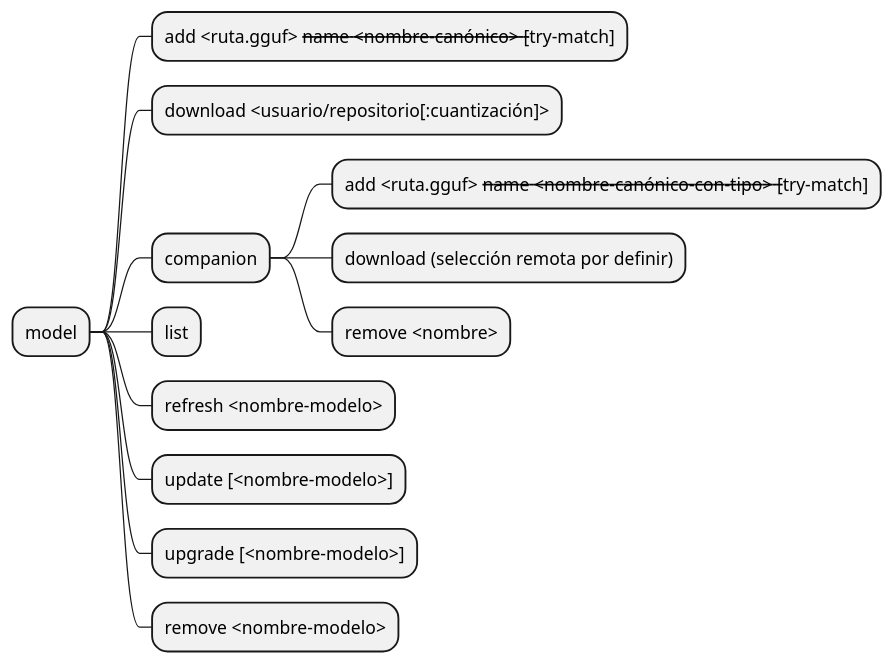
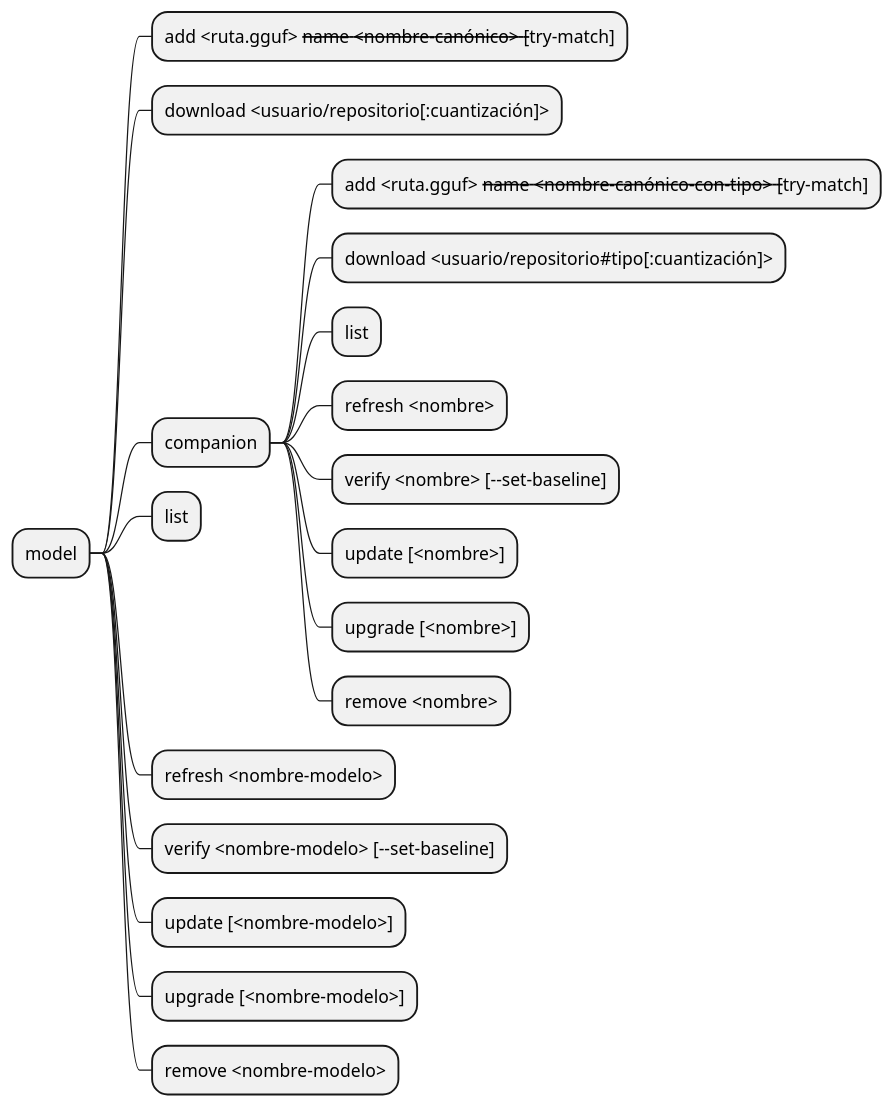
The third of 13 diagrams in docs/comandos.md (mstranich/coquena), drawn with PlantUML before and after one commit. The commit also changed other lines of this file and 4 other files, not shown here.

````diff
--- a/docs/comandos.md
+++ b/docs/comandos.md
@@ -80,16 +80,22 @@
 ```plantuml
 @startmindmap
 * model
 ** add <ruta.gguf> --name <nombre-canónico> [--try-match]
 ** download <usuario/repositorio[:cuantización]>
 ** companion
 *** add <ruta.gguf> --name <nombre-canónico-con-tipo> [--try-match]
-*** download (selección remota por definir)
+*** download <usuario/repositorio#tipo[:cuantización]>
+*** list
+*** refresh <nombre>
+*** verify <nombre> [--set-baseline]
+*** update [<nombre>]
+*** upgrade [<nombre>]
 *** remove <nombre>
 ** list
 ** refresh <nombre-modelo>
+** verify <nombre-modelo> [--set-baseline]
 ** update [<nombre-modelo>]
 ** upgrade [<nombre-modelo>]
 ** remove <nombre-modelo>
 @endmindmap
 ```
````
